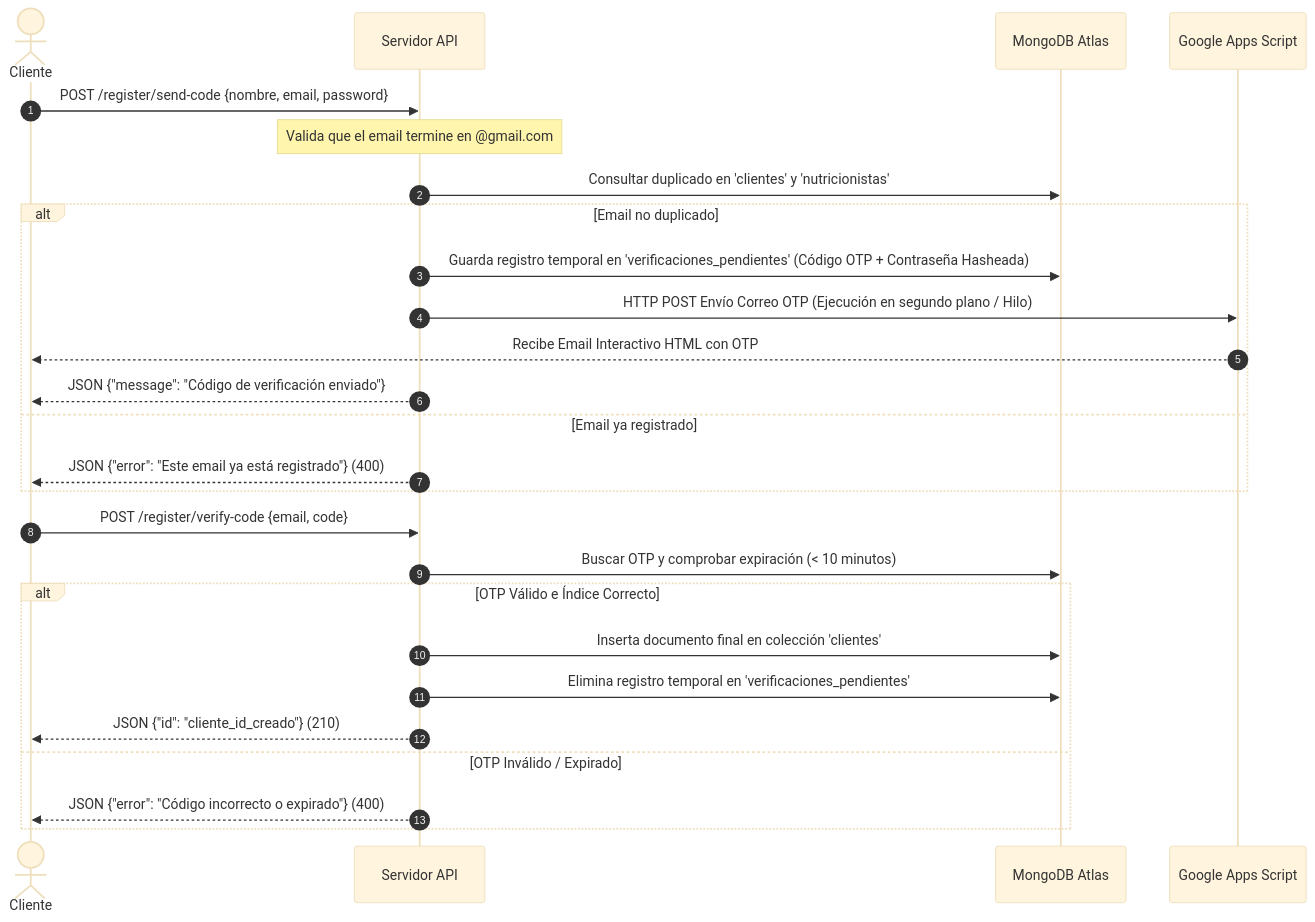
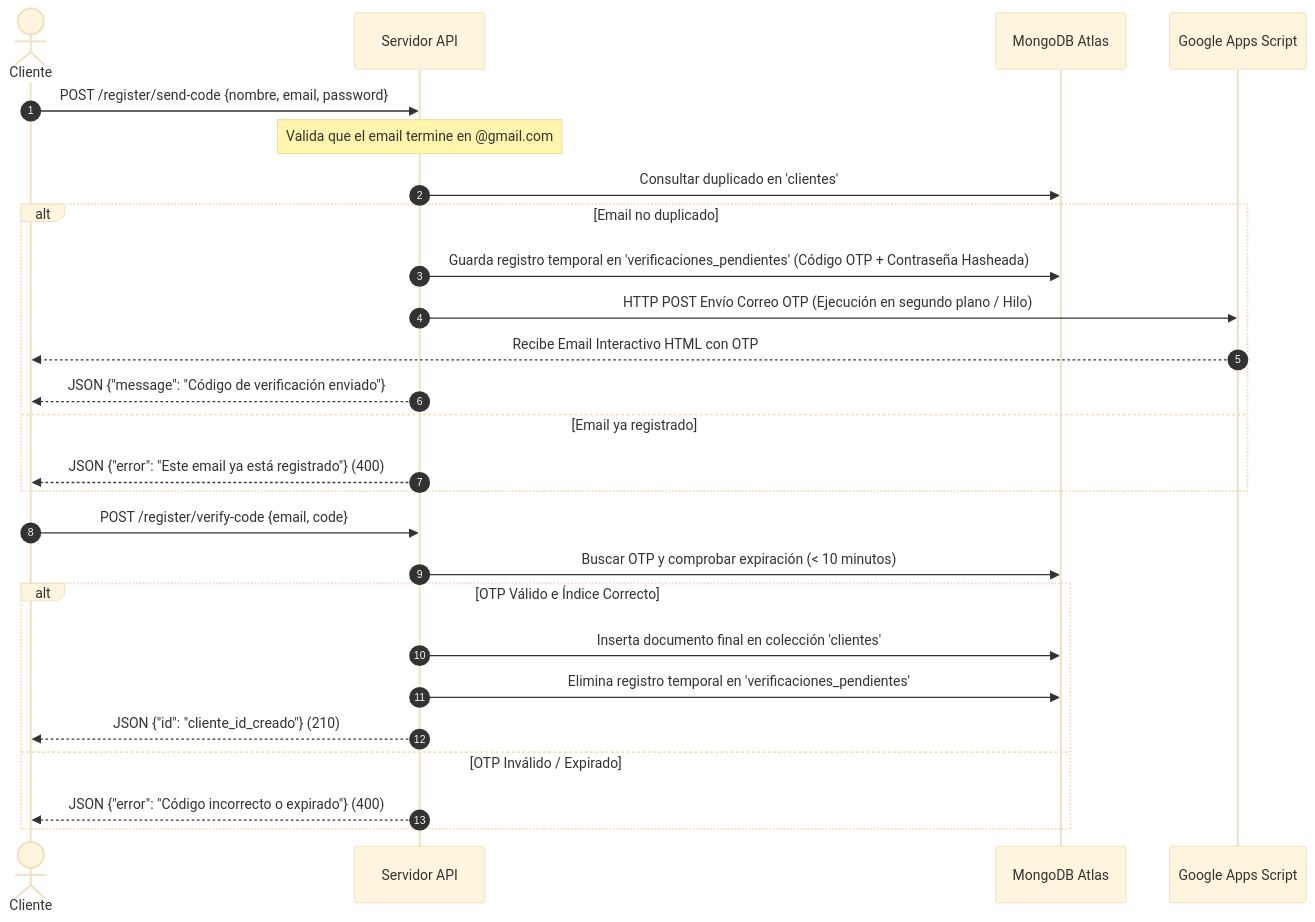
Before and after one commit to spc1016/API-nutri-coach: the second of 2 diagrams in README.md, drawn with Mermaid (base theme). The commit also changed other lines of this file, not shown here.

````diff
--- a/README.md
+++ b/README.md
@@ -258,30 +245,30 @@
 ```mermaid
 sequenceDiagram
     autonumber
     actor Cliente
     participant API as Servidor API
     participant DB as MongoDB Atlas
     participant GAS as Google Apps Script
 
     Cliente->>API: POST /register/send-code {nombre, email, password}
     Note over API: Valida que el email termine en @gmail.com
-    API->>DB: Consultar duplicado en 'clientes' y 'nutricionistas'
+    API->>DB: Consultar duplicado en 'clientes'
     alt Email no duplicado
         API->>DB: Guarda registro temporal en 'verificaciones_pendientes' (Código OTP + Contraseña Hasheada)
         API->>GAS: HTTP POST Envío Correo OTP (Ejecución en segundo plano / Hilo)
         GAS-->>Cliente: Recibe Email Interactivo HTML con OTP
         API-->>Cliente: JSON {"message": "Código de verificación enviado"}
     else Email ya registrado
         API-->>Cliente: JSON {"error": "Este email ya está registrado"} (400)
     end
 
     Cliente->>API: POST /register/verify-code {email, code}
     API->>DB: Buscar OTP y comprobar expiración (< 10 minutos)
     alt OTP Válido e Índice Correcto
         API->>DB: Inserta documento final en colección 'clientes'
         API->>DB: Elimina registro temporal en 'verificaciones_pendientes'
         API-->>Cliente: JSON {"id": "cliente_id_creado"} (210)
     else OTP Inválido / Expirado
         API-->>Cliente: JSON {"error": "Código incorrecto o expirado"} (400)
     end
 ```
````
